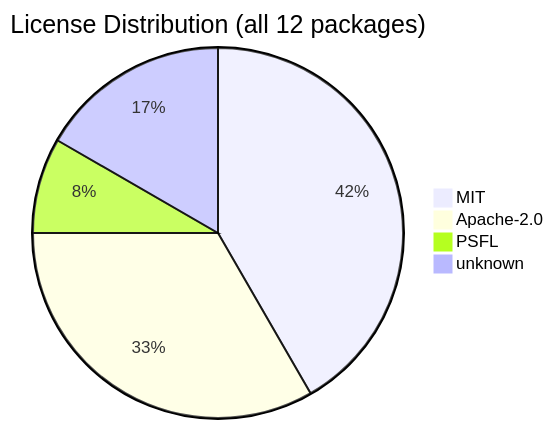
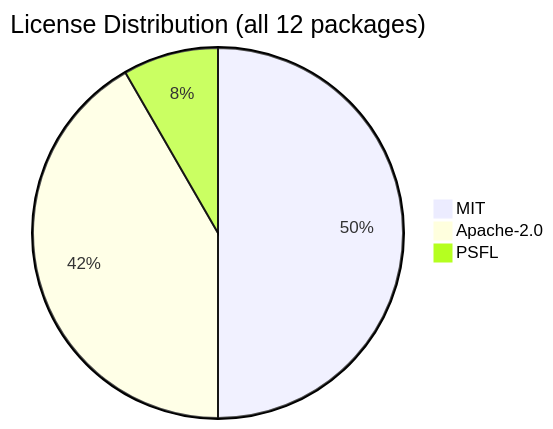
One commit to svenroth-ai/shipwright changed the diagram in .shipwright/compliance/sbom.md. Above: the diagram before and after it, drawn with Mermaid. The commit also changed other lines of this file and 20 other files, not shown here.

````diff
--- a/.shipwright/compliance/sbom.md
+++ b/.shipwright/compliance/sbom.md
@@ -20,7 +20,6 @@
 ```mermaid
 pie title License Distribution (all 12 packages)
-    "MIT" : 5
-    "Apache-2.0" : 4
+    "MIT" : 6
+    "Apache-2.0" : 5
     "PSFL" : 1
-    "unknown" : 2
 ```
````
